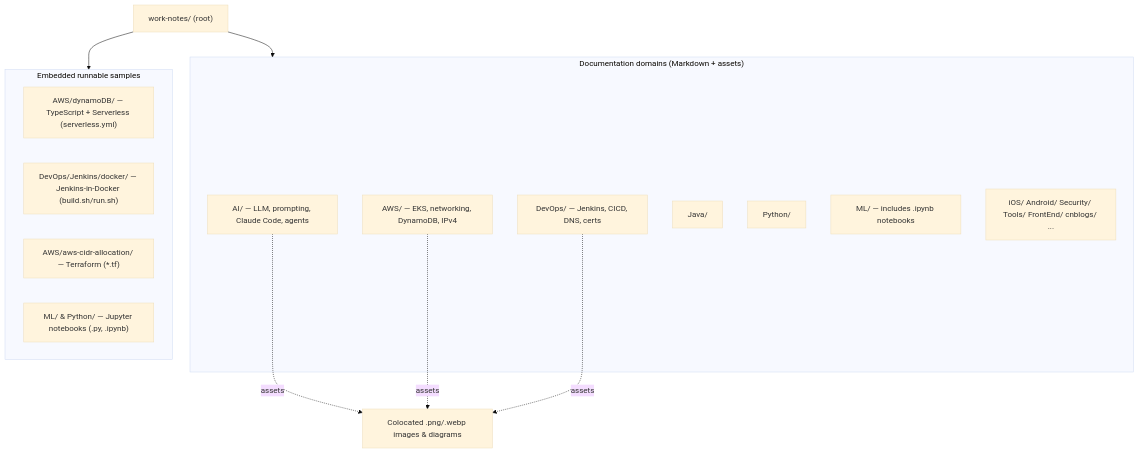
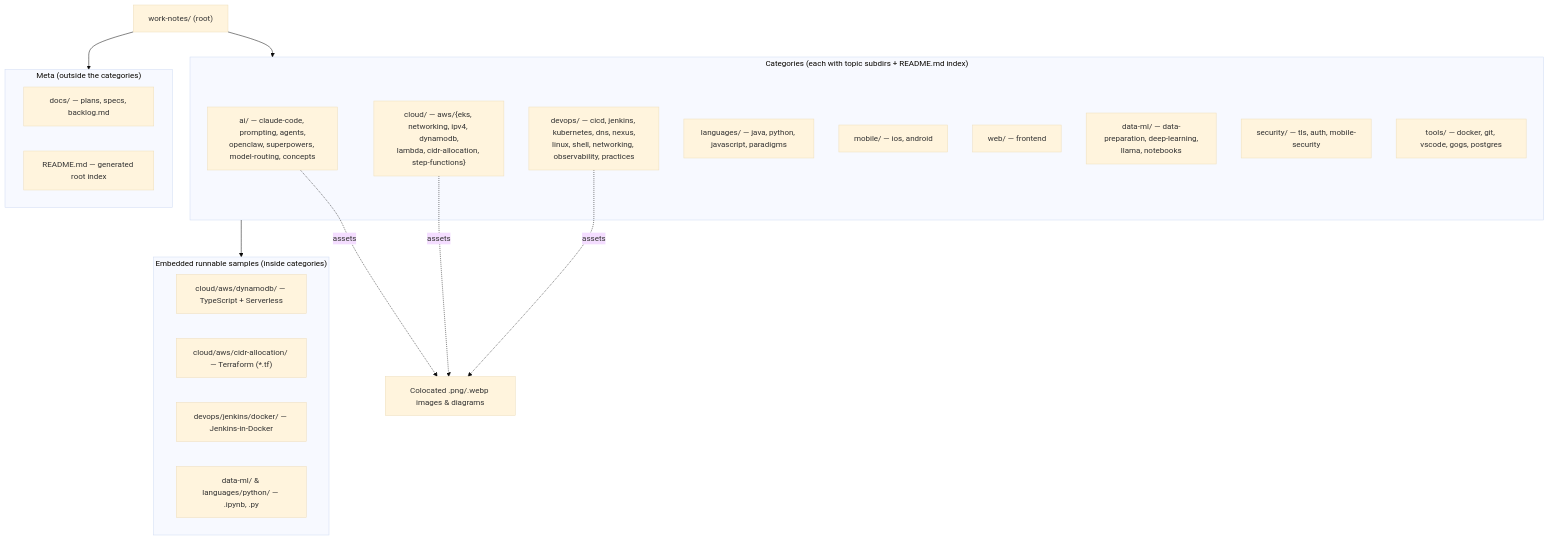
One commit to geekchow/technical-knowledge changed the diagram in CLAUDE.md. Above: the diagram before and after it, drawn with Mermaid (base theme). The commit also changed other lines of this file and 271 other files, not shown here.

````diff
--- a/CLAUDE.md
+++ b/CLAUDE.md
@@ -9,28 +9,36 @@
 ```mermaid
 flowchart TD
     root["work-notes/ (root)"]
 
-    subgraph docs["Documentation domains (Markdown + assets)"]
-        AI["AI/ — LLM, prompting, Claude Code, agents"]
-        AWS["AWS/ — EKS, networking, DynamoDB, IPv4"]
-        DevOps["DevOps/ — Jenkins, CICD, DNS, certs"]
-        Java["Java/"]
-        Python["Python/"]
-        ML["ML/ — includes .ipynb notebooks"]
-        Other["iOS/ Android/ Security/ Tools/ FrontEnd/ cnblogs/ ..."]
+    subgraph cats["Categories (each with topic subdirs + README.md index)"]
+        AI["ai/ — claude-code, prompting, agents,<br/>openclaw, superpowers, model-routing, concepts"]
+        Cloud["cloud/ — aws/{eks, networking, ipv4, dynamodb,<br/>lambda, cidr-allocation, step-functions}"]
+        DevOps["devops/ — cicd, jenkins, kubernetes, dns, nexus,<br/>linux, shell, networking, observability, practices"]
+        Lang["languages/ — java, python, javascript, paradigms"]
+        Mobile["mobile/ — ios, android"]
+        Web["web/ — frontend"]
+        DataML["data-ml/ — data-preparation, deep-learning,<br/>llama, notebooks"]
+        Sec["security/ — tls, auth, mobile-security"]
+        Tools["tools/ — docker, git, vscode, gogs, postgres"]
     end
 
-    subgraph code["Embedded runnable samples"]
-        DDB["AWS/dynamoDB/ — TypeScript + Serverless (serverless.yml)"]
-        Jenkins["DevOps/Jenkins/docker/ — Jenkins-in-Docker (build.sh/run.sh)"]
-        CIDR["AWS/aws-cidr-allocation/ — Terraform (*.tf)"]
-        Notebooks["ML/ & Python/ — Jupyter notebooks (.py, .ipynb)"]
+    subgraph tooling["Meta (outside the categories)"]
+        Docs["docs/ — plans, specs, backlog.md"]
+        Index["README.md — generated root index"]
     end
 
-    root --> docs
-    root --> code
+    subgraph code["Embedded runnable samples (inside categories)"]
+        DDB["cloud/aws/dynamodb/ — TypeScript + Serverless"]
+        CIDR["cloud/aws/cidr-allocation/ — Terraform (*.tf)"]
+        Jenkins["devops/jenkins/docker/ — Jenkins-in-Docker"]
+        Notebooks["data-ml/ & languages/python/ — .ipynb, .py"]
+    end
+
+    root --> cats
+    root --> tooling
+    cats --> code
 
     AI -.assets.-> Assets["Colocated .png/.webp images & diagrams"]
-    AWS -.assets.-> Assets
+    Cloud -.assets.-> Assets
     DevOps -.assets.-> Assets
 ```
````
